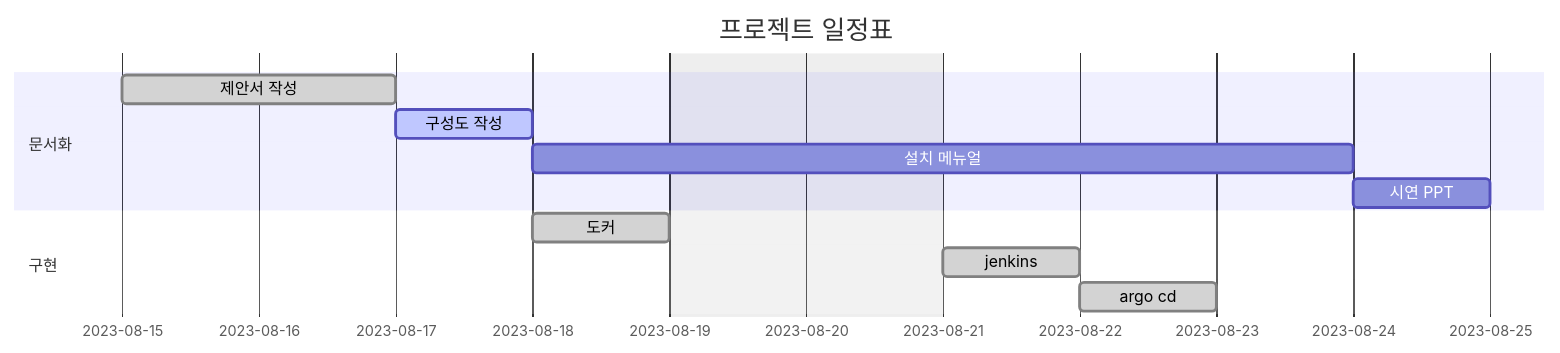
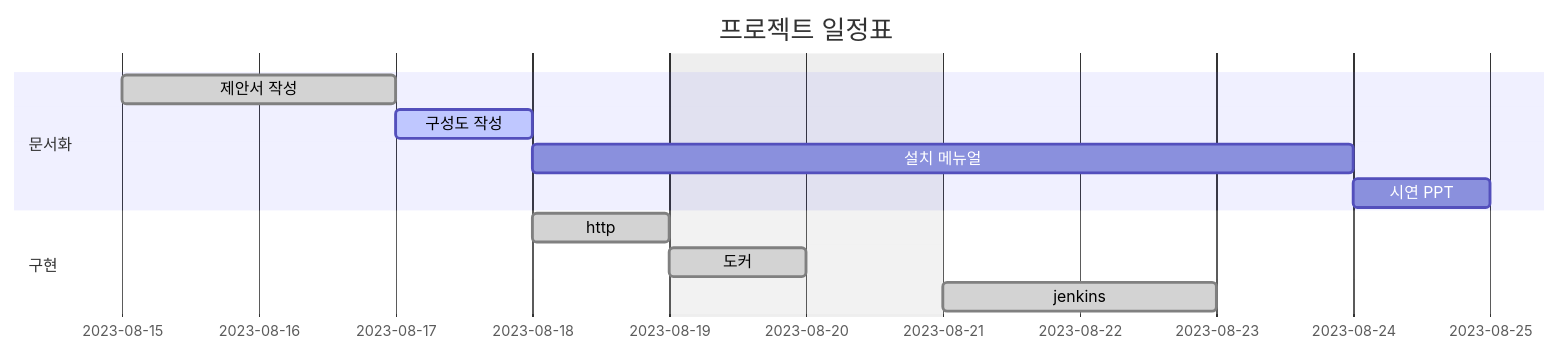
The diagram in README.md (LOFL404/project1), drawn with Mermaid before and after one commit.

````diff
--- a/README.md
+++ b/README.md
@@ -1,19 +1,20 @@
 ```mermaid
 gantt
     dateFormat  YYYY-MM-DD
     axisFormat  %Y-%m-%d
     title       프로젝트 일정표
     excludes    weekends saturday,sunday
     
     section 문서화
     제안서 작성     :done,    a, 2023-08-15, 2d
     구성도 작성     :active,    b, 2023-08-17, 1d
     설치 메뉴얼     :c, after b, 4d
     시연 PPT        :after c, 1d
 
     section 구현
-    도커            :done,    d, 2023-08-18, 1d
-    jenkins         :done,    e, 2023-08-21, 1d
-    argo cd         :done,    f, 2023-08-22, 1d 
+    http            :done,        d, 2023-08-18, 1d
+    도커            :done,    e, 2023-08-19, 1d
+    jenkins         :done,    f, 2023-08-21, 2d
+     
     
 ```
````
